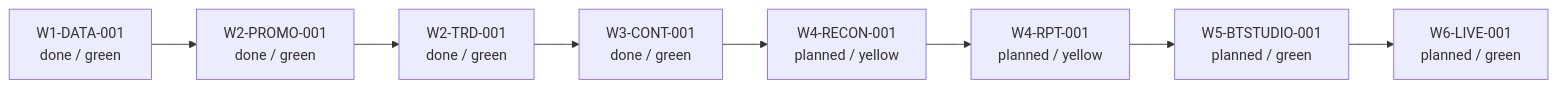
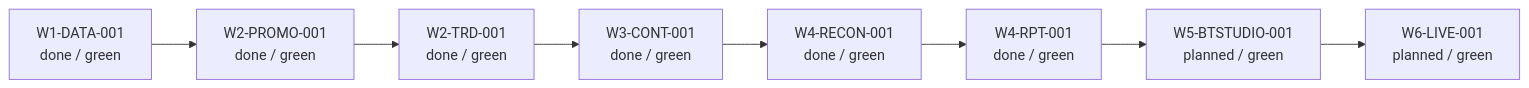
One commit to rodoHasArrived/Meridian-main changed the diagram in docs/architecture/diagrams/meridian-development-roadmap.mmd. Above: the diagram before and after it, drawn with Mermaid. The commit also changed 19 other files, not shown here.

```diff
--- a/docs/architecture/diagrams/meridian-development-roadmap.mmd
+++ b/docs/architecture/diagrams/meridian-development-roadmap.mmd
@@ -1,16 +1,16 @@
 flowchart LR
   W1_DATA_001["W1-DATA-001\ndone / green"]
   W2_PROMO_001["W2-PROMO-001\ndone / green"]
   W1_DATA_001 --> W2_PROMO_001
   W2_TRD_001["W2-TRD-001\ndone / green"]
   W2_PROMO_001 --> W2_TRD_001
   W3_CONT_001["W3-CONT-001\ndone / green"]
   W2_TRD_001 --> W3_CONT_001
-  W4_RECON_001["W4-RECON-001\nplanned / yellow"]
+  W4_RECON_001["W4-RECON-001\ndone / green"]
   W3_CONT_001 --> W4_RECON_001
-  W4_RPT_001["W4-RPT-001\nplanned / yellow"]
+  W4_RPT_001["W4-RPT-001\ndone / green"]
   W4_RECON_001 --> W4_RPT_001
   W5_BTSTUDIO_001["W5-BTSTUDIO-001\nplanned / green"]
   W4_RPT_001 --> W5_BTSTUDIO_001
   W6_LIVE_001["W6-LIVE-001\nplanned / green"]
   W5_BTSTUDIO_001 --> W6_LIVE_001
```
